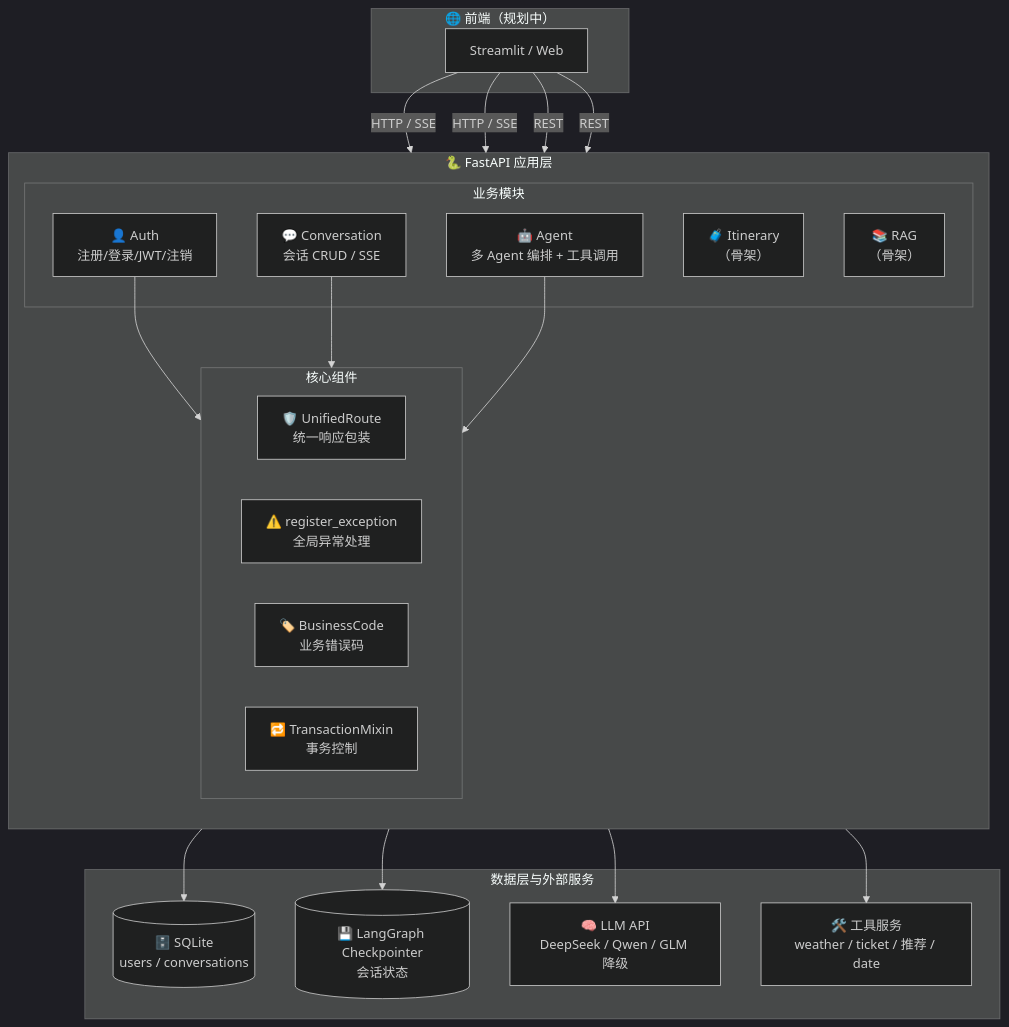
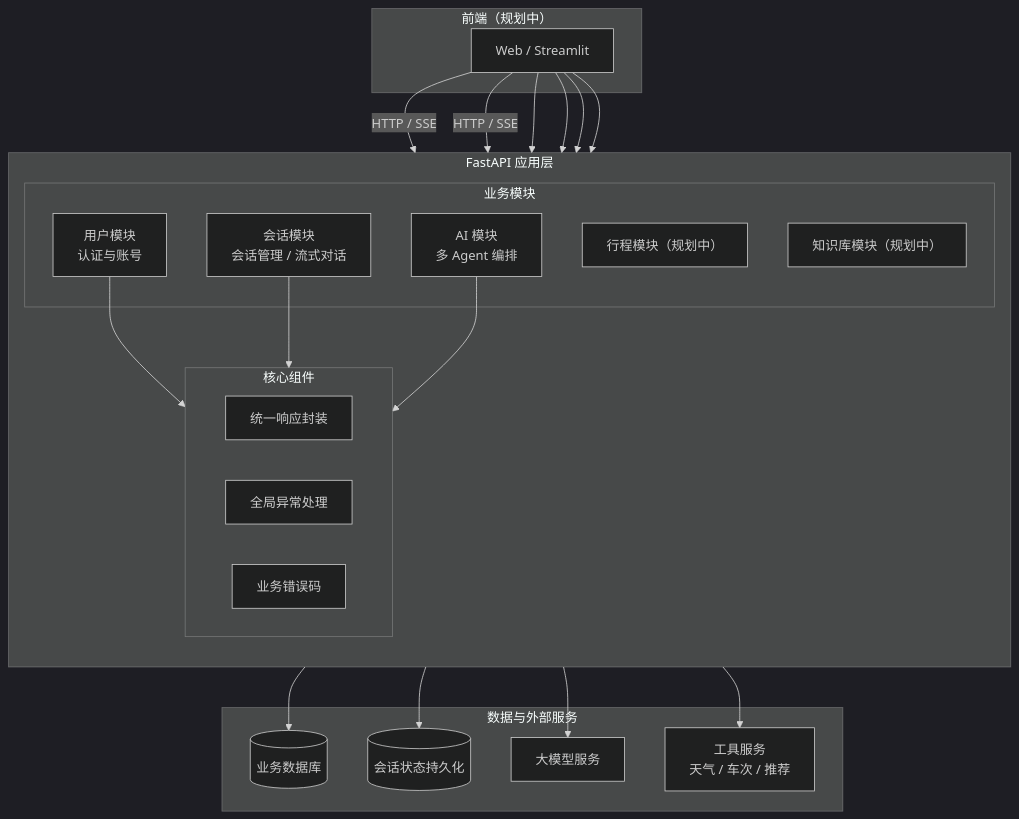
Before and after one commit to Luoqiaocong/voyage: the first of 5 diagrams in README.md, drawn with Mermaid (dark theme). The commit also changed other lines of this file, not shown here.

````diff
--- a/README.md
+++ b/README.md
@@ -27,44 +29,43 @@
 ```mermaid
 flowchart TB
-    subgraph FE["🌐 前端（规划中）"]
-        FE1["Streamlit / Web"]
+    subgraph FE["前端（规划中）"]
+        FE1["Web / Streamlit"]
     end
 
-    subgraph API["🐍 FastAPI 应用层"]
+    subgraph API["FastAPI 应用层"]
         direction TB
         subgraph CORE["核心组件"]
-            RT["🛡️ UnifiedRoute<br/>统一响应包装"]
-            EX["⚠️ register_exception<br/>全局异常处理"]
-            BC["🏷️ BusinessCode<br/>业务错误码"]
-            TX["🔁 TransactionMixin<br/>事务控制"]
+            RT["统一响应封装"]
+            EX["全局异常处理"]
+            BC["业务错误码"]
         end
         subgraph MOD["业务模块"]
-            AUTH["👤 Auth<br/>注册/登录/JWT/注销"]
-            CONV["💬 Conversation<br/>会话 CRUD / SSE"]
-            AGENT["🤖 Agent<br/>多 Agent 编排 + 工具调用"]
-            ITIN["🧳 Itinerary<br/>（骨架）"]
-            RAG["📚 RAG<br/>（骨架）"]
+            AUTH["用户模块<br/>认证与账号"]
+            CONV["会话模块<br/>会话管理 / 流式对话"]
+            AGENT["AI 模块<br/>多 Agent 编排"]
+            ITIN["行程模块（规划中）"]
+            RAG["知识库模块（规划中）"]
         end
     end
 
-    subgraph DATA["数据层与外部服务"]
-        DB[("🗄️ SQLite<br/>users / conversations")]
-        CP[("💾 LangGraph Checkpointer<br/>会话状态")]
-        LLM["🧠 LLM API<br/>DeepSeek / Qwen / GLM 降级"]
-        TOOLS["🛠️ 工具服务<br/>weather / ticket / 推荐 / date"]
+    subgraph DATA["数据与外部服务"]
+        DB[("业务数据库")]
+        CP[("会话状态持久化")]
+        LLM["大模型服务"]
+        TOOLS["工具服务<br/>天气 / 车次 / 推荐"]
     end
 
-    FE1 -->|"HTTP / SSE"| AUTH
-    FE1 -->|"HTTP / SSE"| CONV
-    FE1 -->|"REST"| ITIN
-    FE1 -->|"REST"| RAG
-
+    FE1 -->|HTTP / SSE| AUTH
+    FE1 -->|HTTP / SSE| CONV
+    FE1 --> AUTH
+    FE1 --> CONV
+    FE1 --> ITIN
+    FE1 --> RAG
     AUTH --> CORE
     CONV --> CORE
     AGENT --> CORE
     CORE --> DB
-
     CONV --> CP
     AGENT --> LLM
     AGENT --> TOOLS
 ```
````
